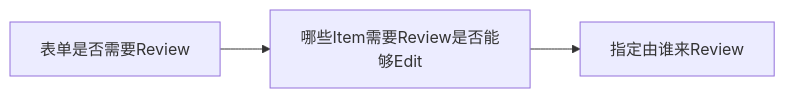
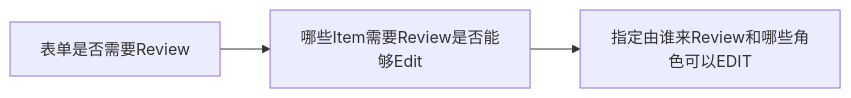
One commit to thcpc/eclinical_knowledge_lib changed the diagram in 知识库/业务系统/CTMS/PD/业务详情/PD Setting.md. Above: the diagram before and after it, drawn with Mermaid. The commit also changed other lines of this file and 23 other files, not shown here.

````diff
--- a/知识库/业务系统/CTMS/PD/业务详情/PD Setting.md
+++ b/知识库/业务系统/CTMS/PD/业务详情/PD Setting.md
@@ -7,5 +7,5 @@
 ```mermaid
 graph LR
 
-A[表单是否需要Review]-->b[哪些Item需要Review是否能够Edit]-->C[指定由谁来Review]
+A[表单是否需要Review]-->b[哪些Item需要Review是否能够Edit]-->C[指定由谁来Review和哪些角色可以EDIT]
 ```
````
